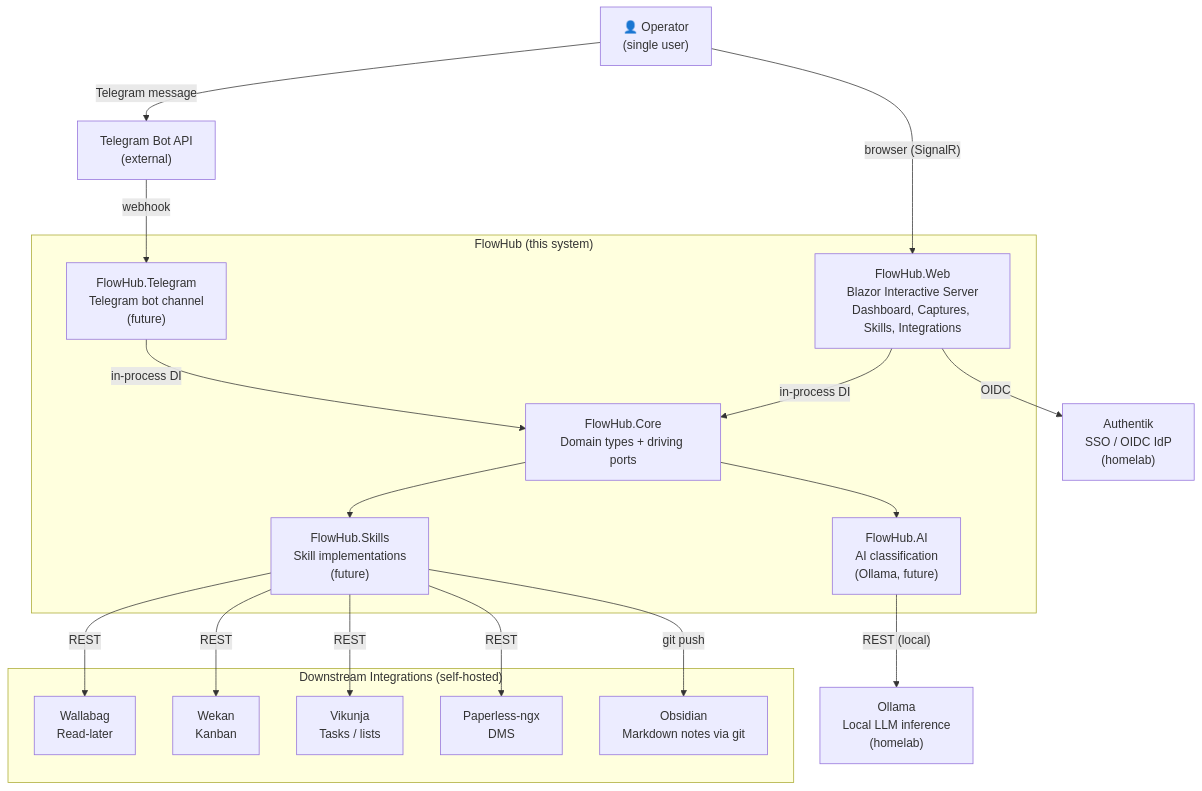
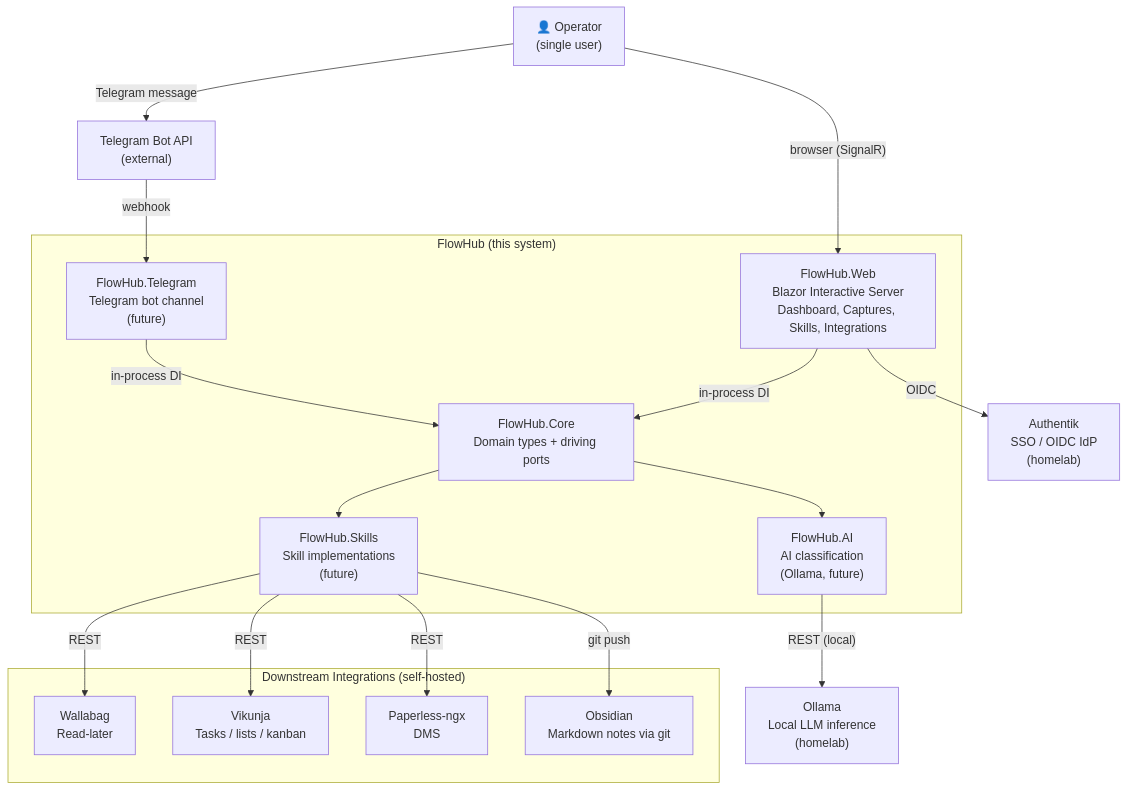
One commit to freaxnx01/FlowHub-CAS-AISE changed the first of 2 diagrams in docs/spec/system-context.md. Above: the diagram before and after it, drawn with Mermaid. The commit also changed 25 other files, not shown here.

First line of the commit message:
refactor: drop Wekan integration, Vikunja absorbs kanban role

````diff
--- a/docs/spec/system-context.md
+++ b/docs/spec/system-context.md
@@ -5,39 +5,37 @@
 ```mermaid
 graph TD
     Operator["👤 Operator<br/>(single user)"]
 
     subgraph FlowHub ["FlowHub (this system)"]
         Web["FlowHub.Web<br/>Blazor Interactive Server<br/>Dashboard, Captures, Skills, Integrations"]
         Core["FlowHub.Core<br/>Domain types + driving ports"]
         AI["FlowHub.AI<br/>AI classification<br/>(Ollama, future)"]
         Skills["FlowHub.Skills<br/>Skill implementations<br/>(future)"]
         Telegram["FlowHub.Telegram<br/>Telegram bot channel<br/>(future)"]
     end
 
     subgraph Downstream ["Downstream Integrations (self-hosted)"]
         Wallabag["Wallabag<br/>Read-later"]
-        Wekan["Wekan<br/>Kanban"]
-        Vikunja["Vikunja<br/>Tasks / lists"]
+        Vikunja["Vikunja<br/>Tasks / lists / kanban"]
         Paperless["Paperless-ngx<br/>DMS"]
         Obsidian["Obsidian<br/>Markdown notes via git"]
     end
 
     Authentik["Authentik<br/>SSO / OIDC IdP<br/>(homelab)"]
     Ollama["Ollama<br/>Local LLM inference<br/>(homelab)"]
     TelegramAPI["Telegram Bot API<br/>(external)"]
 
     Operator -- "browser (SignalR)" --> Web
     Operator -- "Telegram message" --> TelegramAPI
     TelegramAPI -- "webhook" --> Telegram
     Web -- "in-process DI" --> Core
     Telegram -- "in-process DI" --> Core
     Core --> AI
     AI -- "REST (local)" --> Ollama
     Core --> Skills
     Skills -- "REST" --> Wallabag
-    Skills -- "REST" --> Wekan
     Skills -- "REST" --> Vikunja
     Skills -- "REST" --> Paperless
     Skills -- "git push" --> Obsidian
     Web -- "OIDC" --> Authentik
 ```
````
